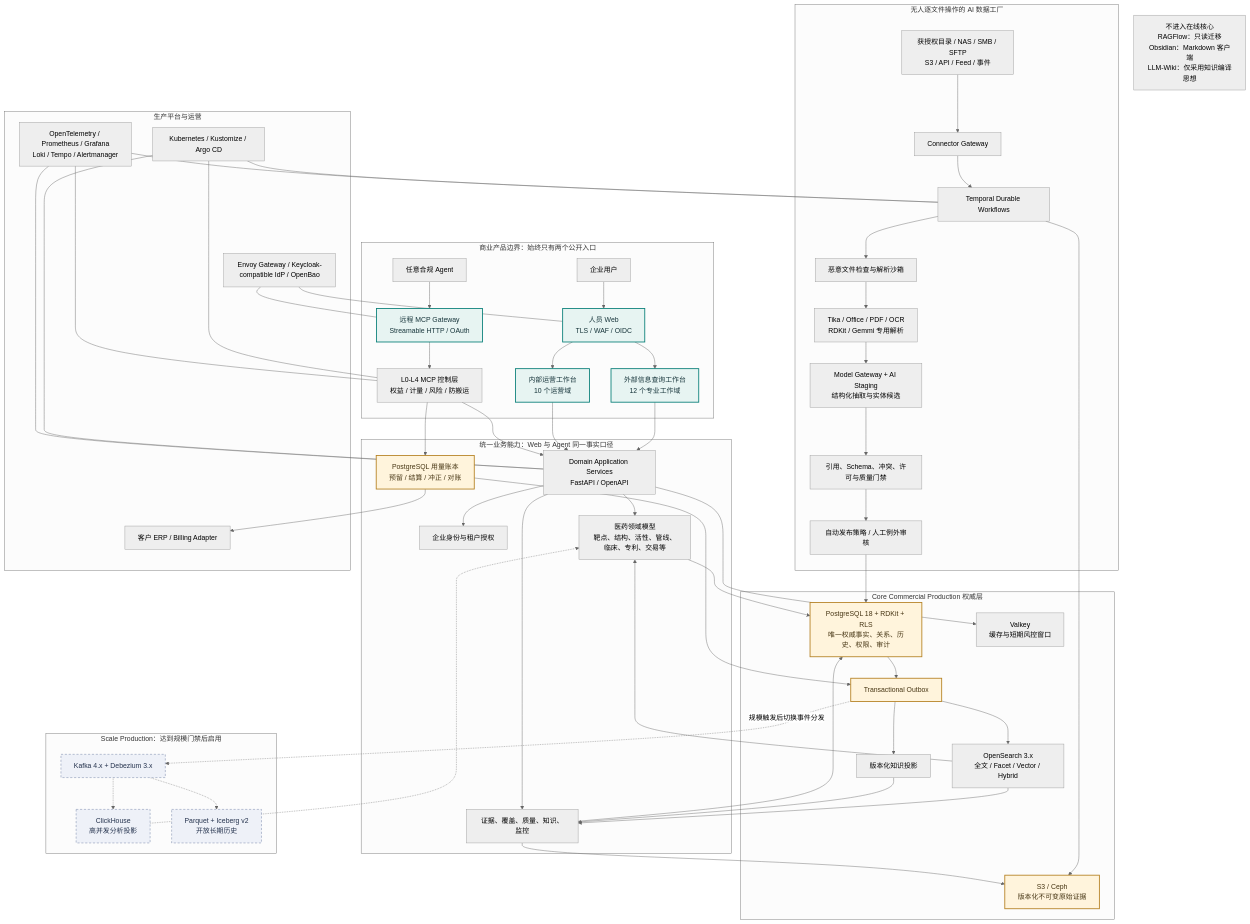
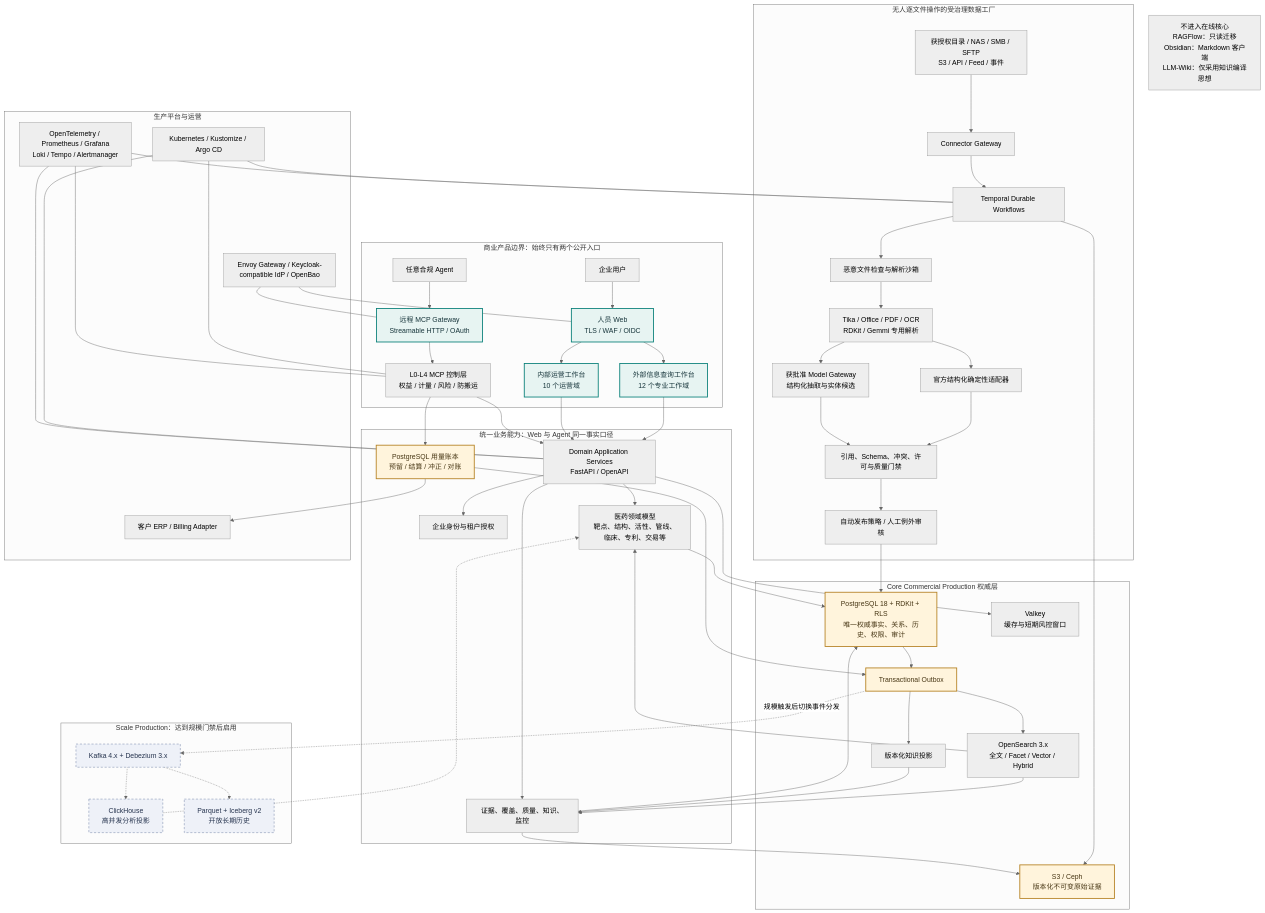
The fourth of 4 diagrams in docs/architecture.md (Victor-Xu-1/X-Pharma), drawn with Mermaid (neutral theme) before and after one commit. The commit also changed other lines of this file and 62 other files, not shown here.

```diff
--- a/docs/architecture.md
+++ b/docs/architecture.md
@@ -292,13 +299,15 @@
         MCPControl --> Metering["PostgreSQL 用量账本<br/>预留 / 结算 / 冲正 / 对账"]
     end
 
-    subgraph Factory["无人逐文件操作的 AI 数据工厂"]
+    subgraph Factory["无人逐文件操作的受治理数据工厂"]
         LicensedSources["获授权目录 / NAS / SMB / SFTP<br/>S3 / API / Feed / 事件"] --> Connectors["Connector Gateway"]
         Connectors --> Workflow["Temporal Durable Workflows"]
         Workflow --> SecurityGate["恶意文件检查与解析沙箱"]
         SecurityGate --> Understanding["Tika / Office / PDF / OCR<br/>RDKit / Gemmi 专用解析"]
-        Understanding --> AIStage["Model Gateway + AI Staging<br/>结构化抽取与实体候选"]
-        AIStage --> Governance["引用、Schema、冲突、许可与质量门禁"]
+        Understanding --> OfficialStage["官方结构化确定性适配器"]
+        Understanding --> AIStage["获批准 Model Gateway<br/>结构化抽取与实体候选"]
+        OfficialStage --> Governance["引用、Schema、冲突、许可与质量门禁"]
+        AIStage --> Governance
         Governance --> Approval["自动发布策略 / 人工例外审核"]
     end
 
```
